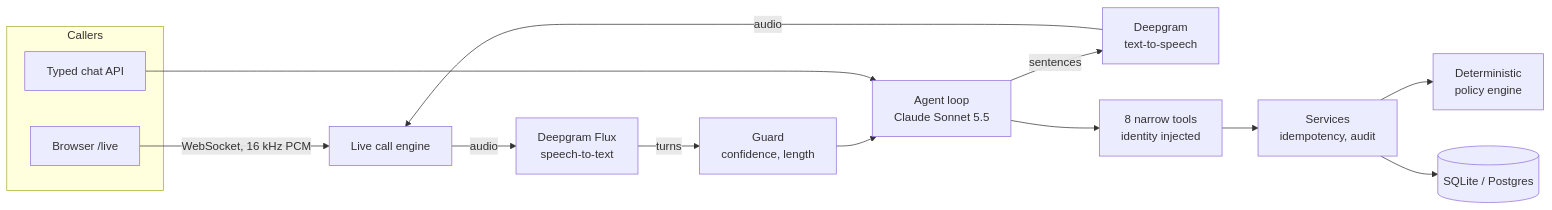
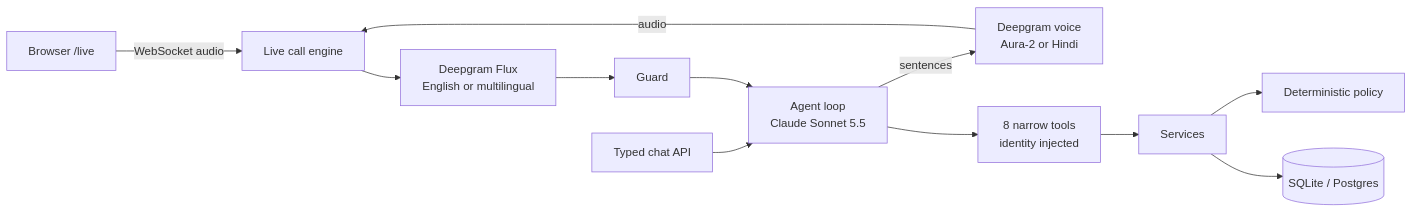
Before and after one commit to disgoy/CollectWise: the diagram in README.md, drawn with Mermaid. The commit also changed other lines of this file and 1 other file, not shown here.

````diff
--- a/README.md
+++ b/README.md
@@ -135,17 +90,11 @@
 ```mermaid
 flowchart LR
-    subgraph Callers
-        B[Browser /live]
-        T[Typed chat API]
-    end
-    B -- WebSocket, 16 kHz PCM --> E[Live call engine]
-    E -- audio --> STT[Deepgram Flux<br/>speech-to-text]
-    STT -- turns --> G[Guard<br/>confidence, length]
-    G --> A[Agent loop<br/>Claude Sonnet 5.5]
-    T --> A
-    A -- sentences --> TTS[Deepgram<br/>text-to-speech] -- audio --> E
+    B[Browser /live] -- WebSocket audio --> E[Live call engine]
+    T[Typed chat API] --> A
+    E --> STT[Deepgram Flux<br/>English or multilingual]
+    STT --> G[Guard] --> A[Agent loop<br/>Claude Sonnet 5.5]
+    A -- sentences --> TTS[Deepgram voice<br/>Aura-2 or Hindi] -- audio --> E
     A --> TL[8 narrow tools<br/>identity injected]
-    TL --> S[Services<br/>idempotency, audit]
-    S --> PO[Deterministic<br/>policy engine]
+    TL --> S[Services] --> PO[Deterministic policy]
     S --> DB[(SQLite / Postgres)]
 ```
````
